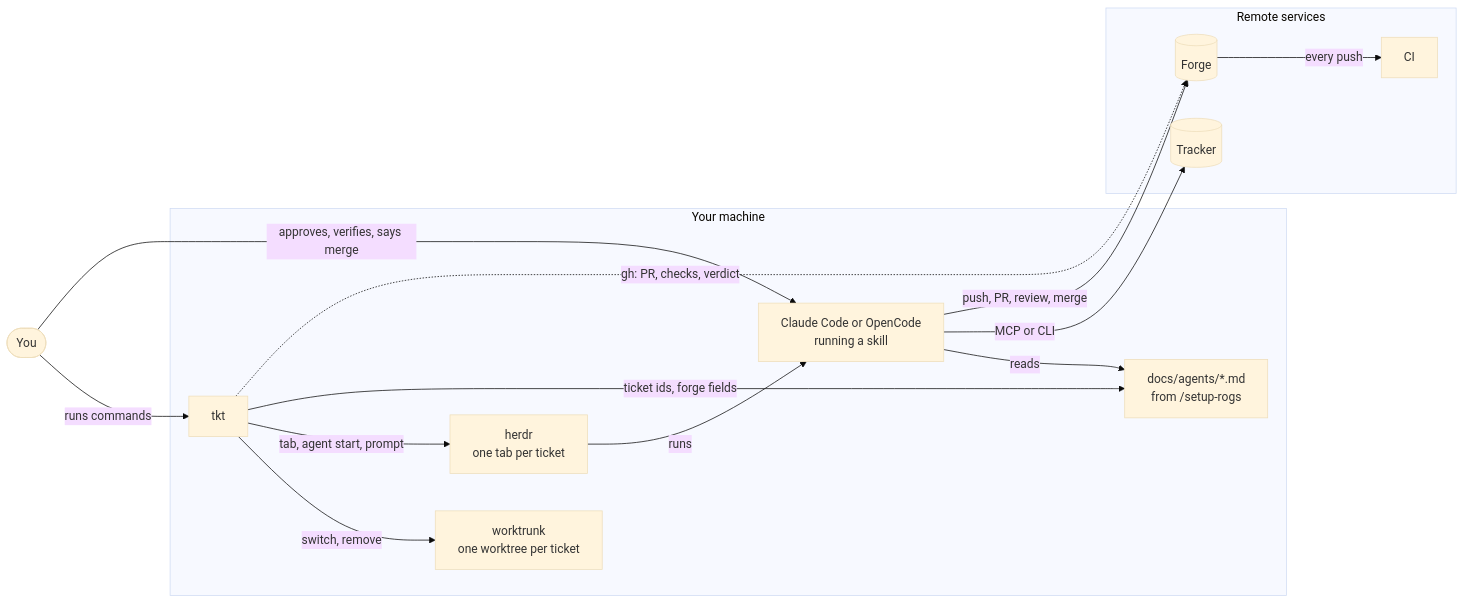
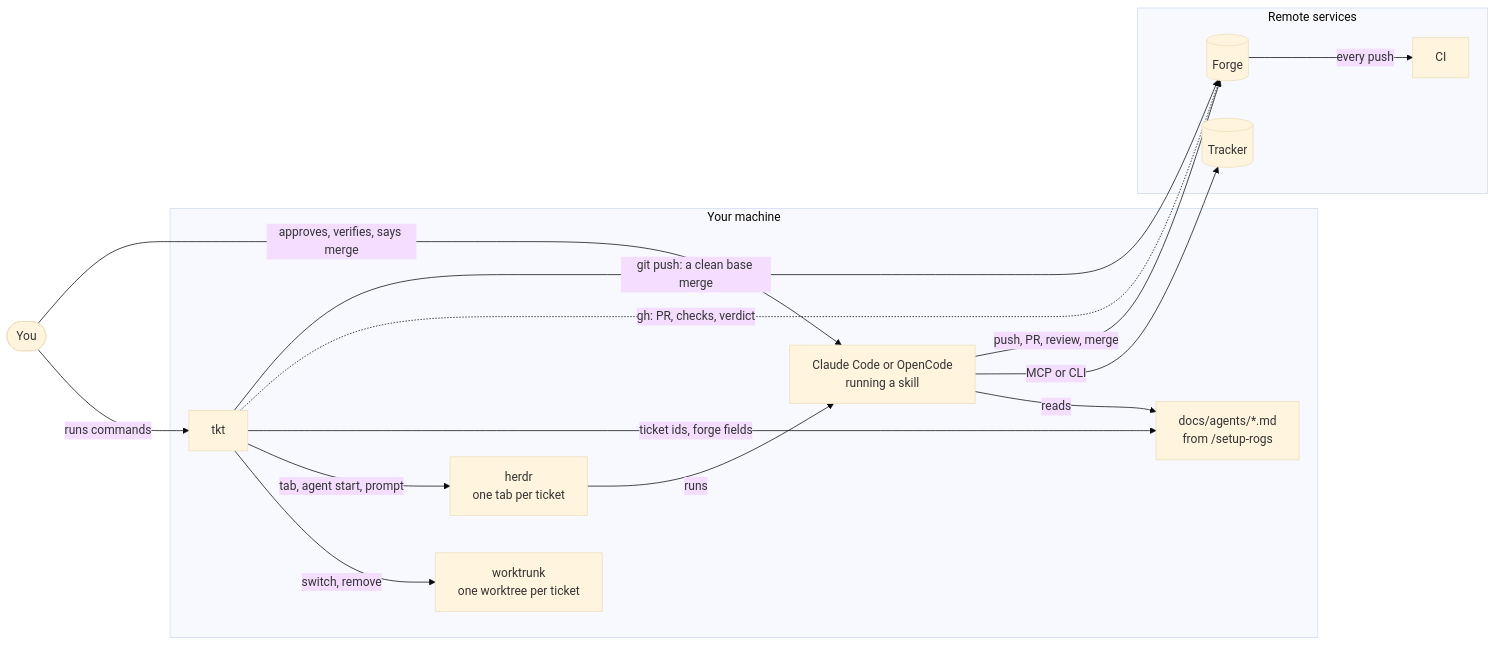
One commit to rogsme/tkt changed the first of 5 diagrams in docs/lifecycle.md. Above: the diagram before and after it, drawn with Mermaid (base theme). The commit also changed other lines of this file and 45 other files, not shown here.

First line of the commit message:
Add tkt sync, which merges a clean base without an agent

````diff
--- a/docs/lifecycle.md
+++ b/docs/lifecycle.md
@@ -20,27 +20,28 @@
 ```mermaid
 flowchart LR
   you([You])
   subgraph local[Your machine]
     tkt[tkt]
     wt[worktrunk<br/>one worktree per ticket]
     herdr[herdr<br/>one tab per ticket]
     agent[Claude Code or OpenCode<br/>running a skill]
     config[docs/agents/*.md<br/>from /setup-rogs]
   end
   subgraph remote[Remote services]
     tracker[(Tracker)]
     forge[(Forge)]
     ci[CI]
   end
   you -->|runs commands| tkt
   you -->|approves, verifies, says merge| agent
   tkt -->|switch, remove| wt
   tkt -->|tab, agent start, prompt| herdr
   tkt -->|ticket ids, forge fields| config
   tkt -.->|gh: PR, checks, verdict| forge
+  tkt -->|git push: a clean base merge| forge
   herdr -->|runs| agent
   agent -->|reads| config
   agent -->|MCP or CLI| tracker
   agent -->|push, PR, review, merge| forge
   forge -->|every push| ci
 ```
````
